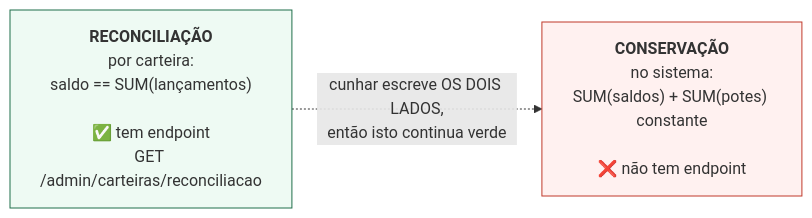
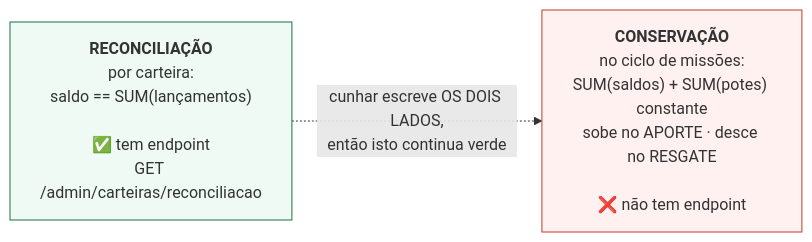
Before and after one commit to RenanFerreira02/Omni-Tribo: the second of 2 diagrams in docs/diagramas/fluxo-economico.md, drawn with Mermaid. The commit also changed other lines of this file and 18 other files, not shown here.

````diff
--- a/docs/diagramas/fluxo-economico.md
+++ b/docs/diagramas/fluxo-economico.md
@@ -100,8 +117,8 @@
 ```mermaid
 flowchart LR
     R["<b>RECONCILIAÇÃO</b><br/>por carteira:<br/>saldo == SUM(lançamentos)<br/><br/>✅ tem endpoint<br/>GET /admin/carteiras/reconciliacao"]
-    C["<b>CONSERVAÇÃO</b><br/>no sistema:<br/>SUM(saldos) + SUM(potes) constante<br/><br/>❌ não tem endpoint"]
+    C["<b>CONSERVAÇÃO</b><br/>no ciclo de missões:<br/>SUM(saldos) + SUM(potes) constante<br/>sobe no APORTE · desce no RESGATE<br/><br/>❌ não tem endpoint"]
     R -.->|"cunhar escreve OS DOIS LADOS,<br/>então isto continua verde"| C
     style R fill:#eefaf3,stroke:#1f6f4a
     style C fill:#fff1f0,stroke:#c0392b
 ```
````
